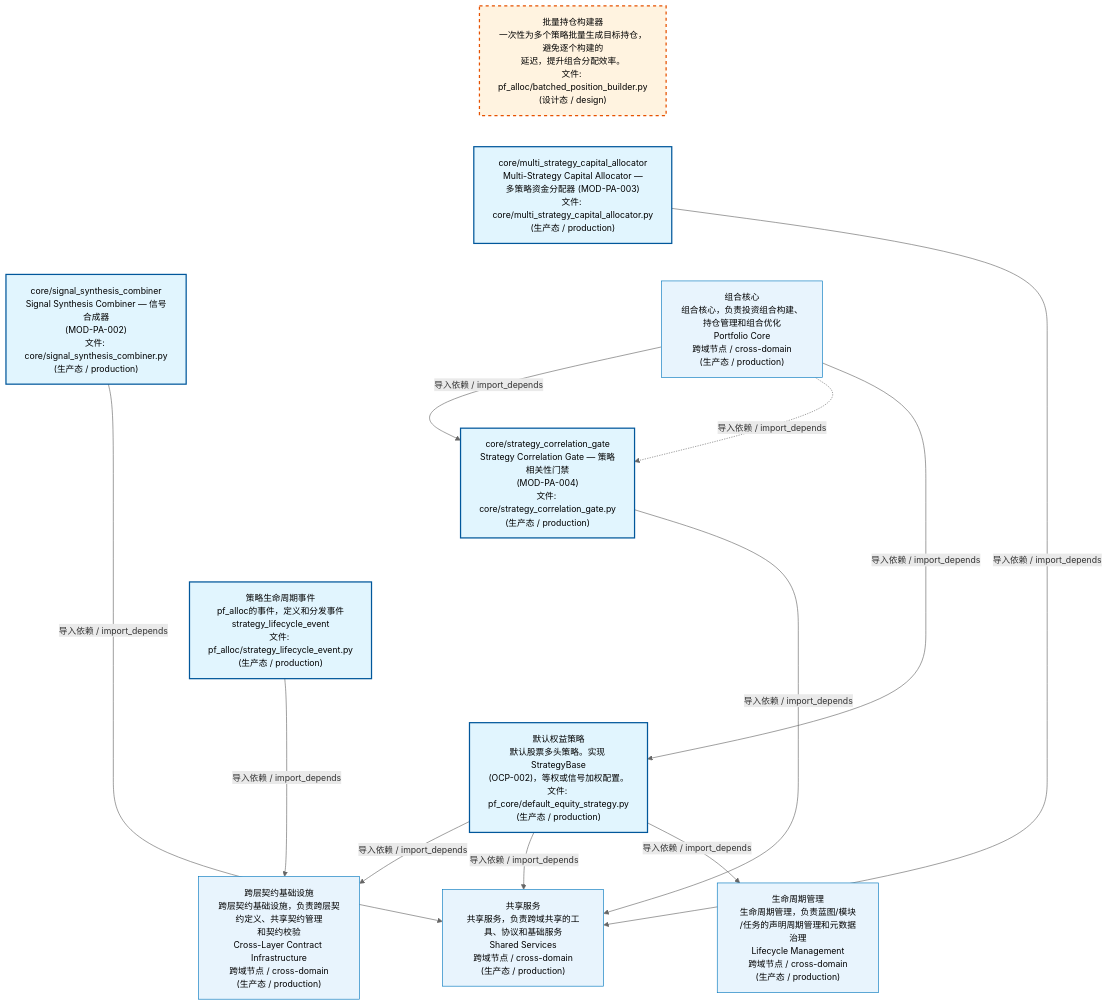
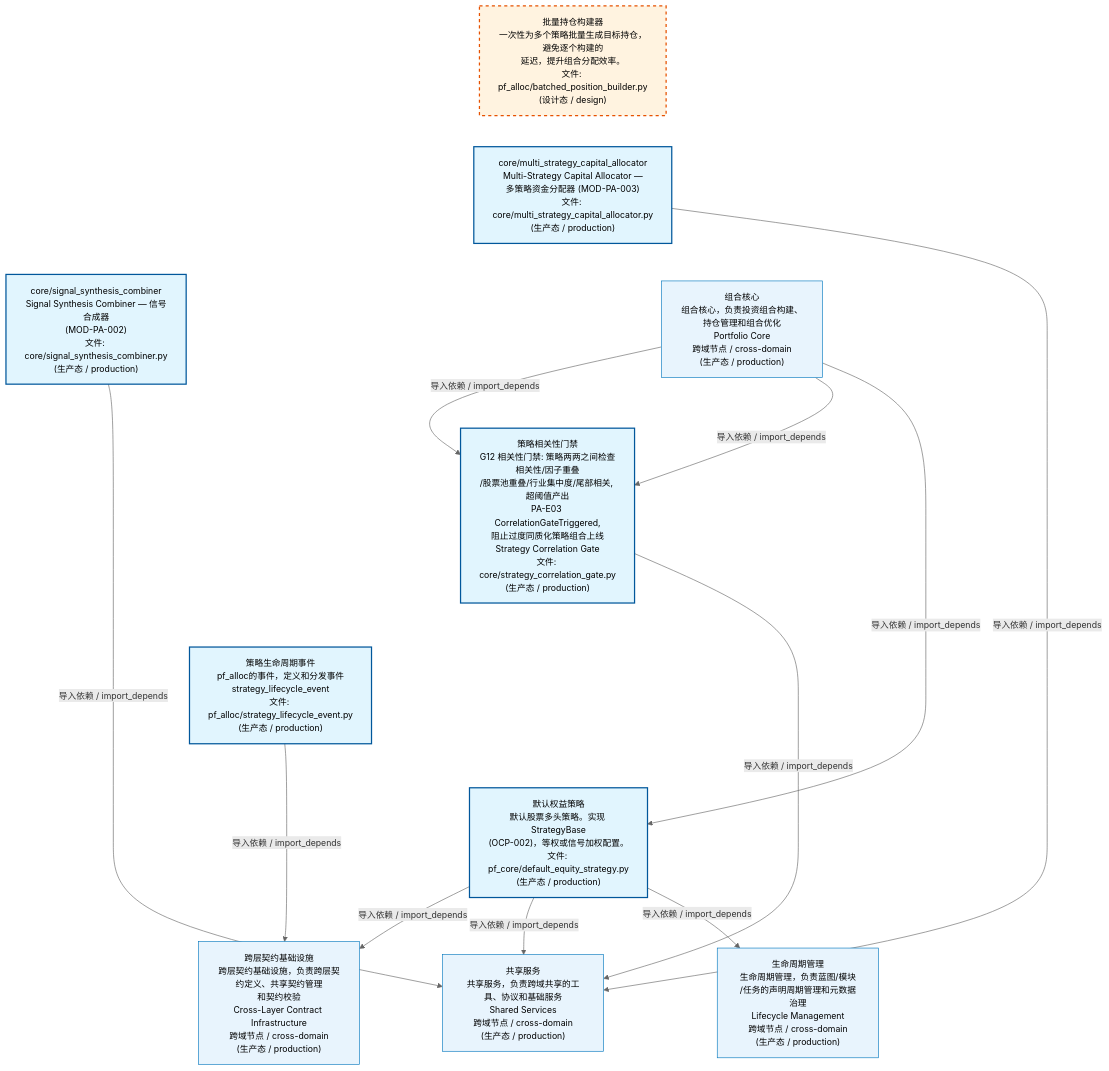
One commit to xuanFelixVan/ZephyrAlpha changed the first of 4 diagrams in docs/02_enterprise_architecture/02_domain_architecture_docs/62_d_pf_alloc.md. Above: the diagram before and after it, drawn with Mermaid. The commit also changed other lines of this file and 49 other files, not shown here.

````diff
--- a/docs/02_enterprise_architecture/02_domain_architecture_docs/62_d_pf_alloc.md
+++ b/docs/02_enterprise_architecture/02_domain_architecture_docs/62_d_pf_alloc.md
@@ -53,36 +53,36 @@
 ```mermaid
 %%{init: {'theme': 'base', 'themeVariables': {'primaryColor': '#eaeaea', 'primaryTextColor': '#333333', 'primaryBorderColor': '#666666', 'lineColor': '#666666', 'secondaryColor': '#eaeaea', 'tertiaryColor': '#eaeaea', 'fontSize': '14px'}}}%%
 flowchart TD
     src_zephyr_pf_alloc_batched_position_builder_py["批量持仓构建器<br/>一次性为多个策略批量生成目标持仓，避免逐个构建的<br/>延迟，提升组合分配效率。<br/>文件: pf_alloc/batched_position_builder.py<br/>(设计态 / design)"]
     src_zephyr_pf_alloc_core_multi_strategy_capital_allocator_py["core/multi_strategy_capital_allocator<br/>Multi-Strategy Capital Allocator —<br/>多策略资金分配器 (MOD-PA-003)<br/>文件: core/multi_strategy_capital_allocator.py<br/>(生产态 / production)"]
     src_zephyr_pf_alloc_core_signal_synthesis_combiner_py["core/signal_synthesis_combiner<br/>Signal Synthesis Combiner — 信号合成器<br/>(MOD-PA-002)<br/>文件: core/signal_synthesis_combiner.py<br/>(生产态 / production)"]
-    src_zephyr_pf_alloc_core_strategy_correlation_gate_py["core/strategy_correlation_gate<br/>Strategy Correlation Gate — 策略相关性门禁<br/>(MOD-PA-004)<br/>文件: core/strategy_correlation_gate.py<br/>(生产态 / production)"]
+    src_zephyr_pf_alloc_core_strategy_correlation_gate_py["策略相关性门禁<br/>G12 相关性门禁: 策略两两之间检查相关性/因子重叠<br/>/股票池重叠/行业集中度/尾部相关, 超阈值产出<br/>PA-E03 CorrelationGateTriggered,<br/>阻止过度同质化策略组合上线<br/>Strategy Correlation Gate<br/>文件: core/strategy_correlation_gate.py<br/>(生产态 / production)"]
     src_zephyr_pf_alloc_strategy_lifecycle_event_py["策略生命周期事件<br/>pf_alloc的事件，定义和分发事件<br/>strategy_lifecycle_event<br/>文件: pf_alloc/strategy_lifecycle_event.py<br/>(生产态 / production)"]
     src_zephyr_pf_core_default_equity_strategy_py["默认权益策略<br/>默认股票多头策略。实现 StrategyBase<br/>(OCP-002)，等权或信号加权配置。<br/>文件: pf_core/default_equity_strategy.py<br/>(生产态 / production)"]
     src_zephyr_pf_alloc_batched_position_builder_py ~~~ src_zephyr_pf_alloc_core_multi_strategy_capital_allocator_py
     src_zephyr_pf_alloc_core_multi_strategy_capital_allocator_py ~~~ src_zephyr_pf_alloc_core_signal_synthesis_combiner_py
     src_zephyr_pf_alloc_core_signal_synthesis_combiner_py ~~~ src_zephyr_pf_alloc_core_strategy_correlation_gate_py
     src_zephyr_pf_alloc_core_strategy_correlation_gate_py ~~~ src_zephyr_pf_alloc_strategy_lifecycle_event_py
     src_zephyr_pf_alloc_strategy_lifecycle_event_py ~~~ src_zephyr_pf_core_default_equity_strategy_py
     D_SHARED["共享服务<br/>共享服务，负责跨域共享的工具、协议和基础服务<br/>Shared Services<br/>跨域节点 / cross-domain<br/>(生产态 / production)"]
     src_zephyr_pf_alloc_core_strategy_correlation_gate_py -->|导入依赖 / import_depends| D_SHARED
     src_zephyr_pf_alloc_core_multi_strategy_capital_allocator_py -->|导入依赖 / import_depends| D_SHARED
+    src_zephyr_pf_alloc_core_signal_synthesis_combiner_py -->|导入依赖 / import_depends| D_SHARED
     D_INFRASTRUCTURE["跨层契约基础设施<br/>跨层契约基础设施，负责跨层契约定义、共享契约管理<br/>和契约校验<br/>Cross-Layer Contract Infrastructure<br/>跨域节点 / cross-domain<br/>(生产态 / production)"]
     src_zephyr_pf_core_default_equity_strategy_py -->|导入依赖 / import_depends| D_INFRASTRUCTURE
-    src_zephyr_pf_alloc_core_signal_synthesis_combiner_py -->|导入依赖 / import_depends| D_SHARED
     src_zephyr_pf_alloc_strategy_lifecycle_event_py -->|导入依赖 / import_depends| D_INFRASTRUCTURE
     src_zephyr_pf_core_default_equity_strategy_py -->|导入依赖 / import_depends| D_SHARED
     D_GOVERNANCE["生命周期管理<br/>生命周期管理，负责蓝图/模块<br/>/任务的声明周期管理和元数据治理<br/>Lifecycle Management<br/>跨域节点 / cross-domain<br/>(生产态 / production)"]
     src_zephyr_pf_core_default_equity_strategy_py -->|导入依赖 / import_depends| D_GOVERNANCE
     D_PF_CORE["组合核心<br/>组合核心，负责投资组合构建、持仓管理和组合优化<br/>Portfolio Core<br/>跨域节点 / cross-domain<br/>(生产态 / production)"]
     D_PF_CORE -->|导入依赖 / import_depends| src_zephyr_pf_alloc_core_strategy_correlation_gate_py
-    D_PF_CORE -.->|导入依赖 / import_depends| src_zephyr_pf_alloc_core_strategy_correlation_gate_py
+    D_PF_CORE -->|导入依赖 / import_depends| src_zephyr_pf_alloc_core_strategy_correlation_gate_py
     D_PF_CORE -->|导入依赖 / import_depends| src_zephyr_pf_core_default_equity_strategy_py
     classDef production fill:#e1f5fe,stroke:#01579b,stroke-width:2px,color:#000
     classDef design fill:#fff3e0,stroke:#e65100,stroke-width:2px,color:#000,stroke-dasharray: 5 5
     classDef external_prod fill:#e8f4fd,stroke:#0277bd,stroke-width:1px,color:#000
     classDef external_design fill:#fff8e7,stroke:#ef6c00,stroke-width:1px,color:#000,stroke-dasharray: 5 5
     class src_zephyr_pf_alloc_core_multi_strategy_capital_allocator_py,src_zephyr_pf_alloc_core_signal_synthesis_combiner_py,src_zephyr_pf_alloc_core_strategy_correlation_gate_py,src_zephyr_pf_alloc_strategy_lifecycle_event_py,src_zephyr_pf_core_default_equity_strategy_py production
     class src_zephyr_pf_alloc_batched_position_builder_py design
     class D_SHARED,D_INFRASTRUCTURE,D_GOVERNANCE,D_PF_CORE external_prod
 ```
````
